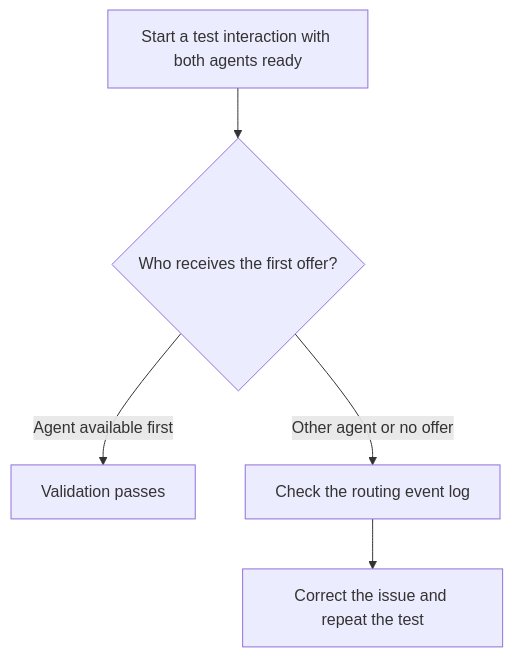
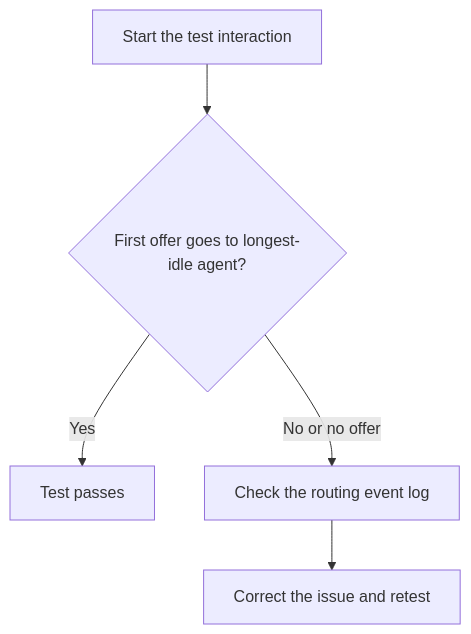
Before and after one commit to baysalkerem/technical-writing-portfolio: the diagram in docs/admin-guide/configure-routing.md, drawn with Mermaid. The commit also changed 4 other files, not shown here.

Commit message:
Restyle portfolio diagrams for light and dark modes

````diff
--- a/docs/admin-guide/configure-routing.md
+++ b/docs/admin-guide/configure-routing.md
@@ -30,9 +30,9 @@
 ```mermaid
 flowchart TD
     accTitle: Longest-idle routing validation
     accDescr: Start a test interaction after both agents are ready. If the agent who became available first receives the first offer, the test passes. Otherwise, check the routing event log, correct the issue, and repeat the test.
-    Start["Start a test interaction with both agents ready"] --> Offer{"Who receives the first offer?"}
-    Offer -->|Agent available first| Pass["Validation passes"]
-    Offer -->|Other agent or no offer| Inspect["Check the routing event log"]
-    Inspect --> Retry["Correct the issue and repeat the test"]
+    Start["Start the test interaction"] --> Offer{"First offer goes to longest-idle agent?"}:::decision
+    Offer -->|Yes| Pass["Test passes"]:::success
+    Offer -->|No or no offer| Inspect["Check the routing event log"]
+    Inspect --> Retry["Correct the issue and retest"]
 ```
````
